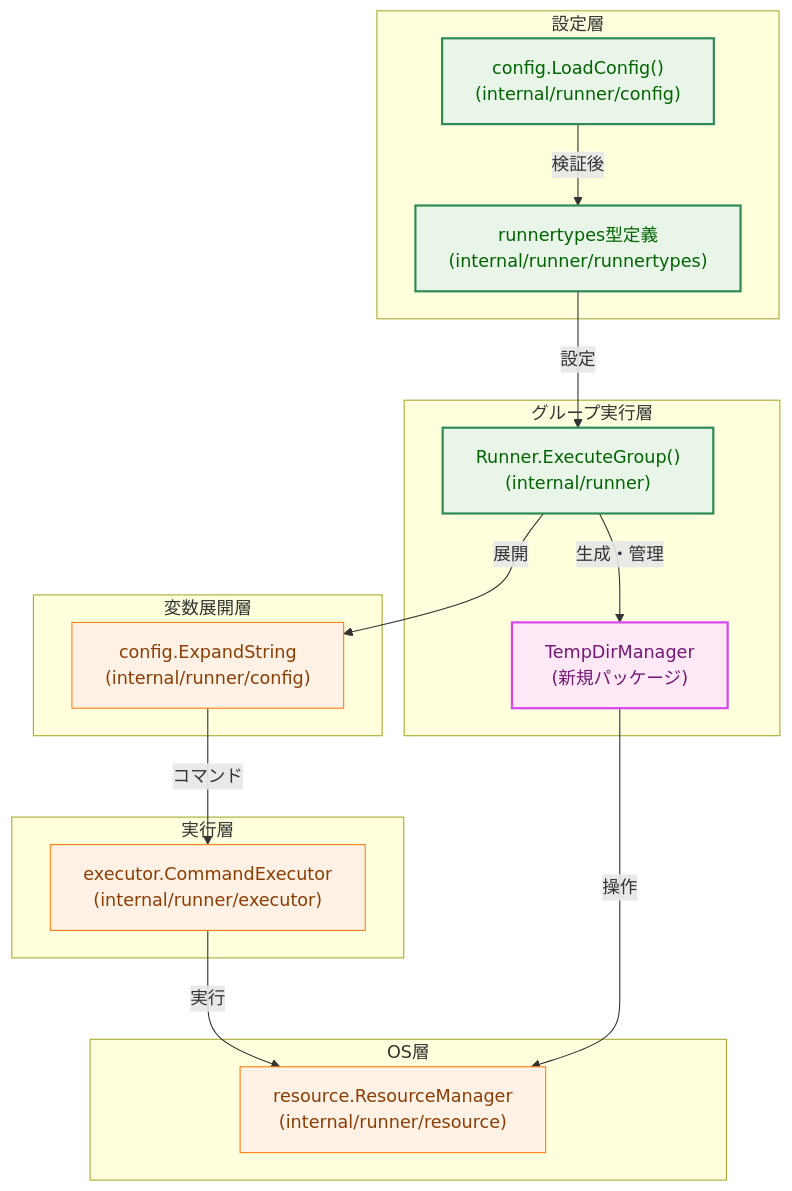
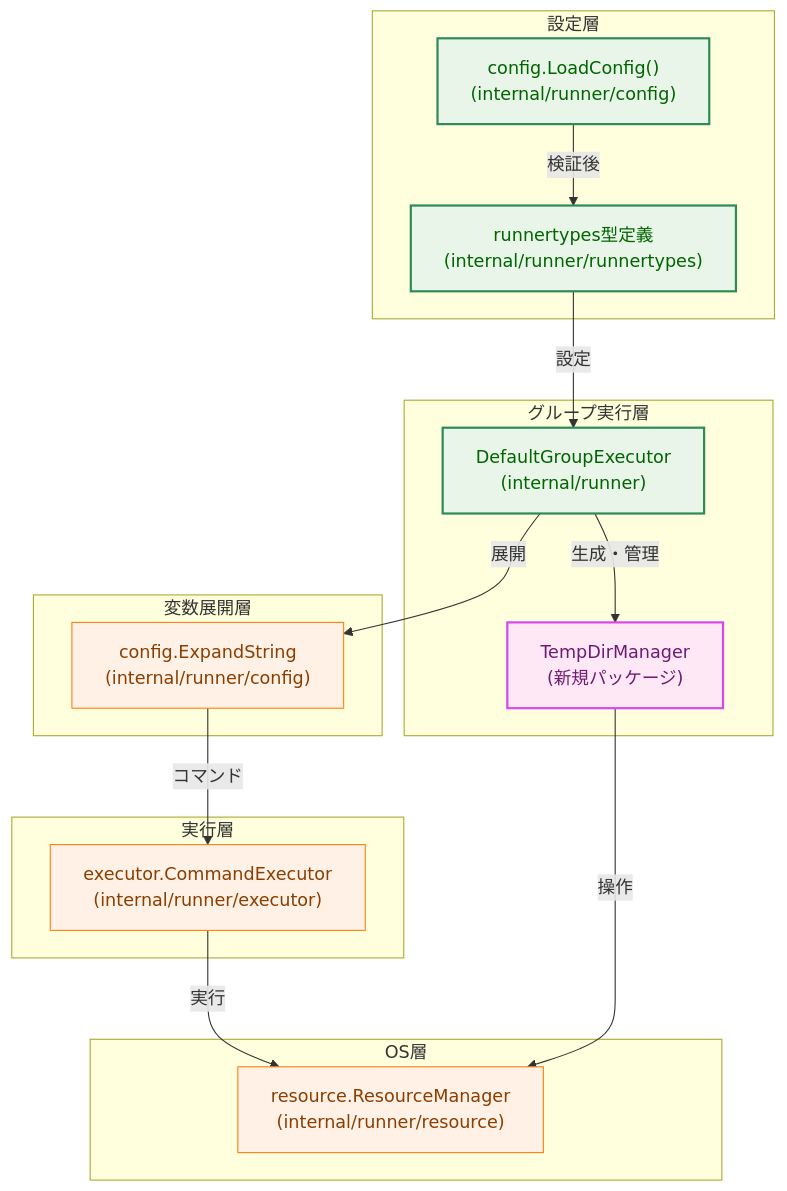
Before and after one commit to isseis/go-safe-cmd-runner: the second of 12 diagrams in docs/tasks/0034_workdir_redesign/02_architecture.md, drawn with Mermaid.

Commit message:
docs(workdir): rename Runner to GroupExecutor in architecture doc
- Replace Runner labels with GroupExecutor in the architecture
  diagram for the workdir redesign task
- Update links and arrows to reference GroupExecutor instead
- Mark TempDirManager as a new package in the diagram
- Keep other node relationships (ConfigExpander, CommandExecutor)
  unchanged

````diff
--- a/docs/tasks/0034_workdir_redesign/02_architecture.md
+++ b/docs/tasks/0034_workdir_redesign/02_architecture.md
@@ -142,45 +142,45 @@
 ```mermaid
 graph TB
     classDef data fill:#e6f7ff,stroke:#1f77b4,stroke-width:1px,color:#0b3d91;
     classDef existing fill:#fff1e6,stroke:#ff7f0e,stroke-width:1px,color:#8a3e00;
     classDef enhanced fill:#e8f5e8,stroke:#2e8b57,stroke-width:2px,color:#006400;
     classDef new fill:#ffe8f5,stroke:#d946ef,stroke-width:2px,color:#701a75;
 
     subgraph ConfigLayer["設定層"]
         ConfigLoader["config.LoadConfig()<br/>(internal/runner/config)"]
         Validation["runnertypes型定義<br/>(internal/runner/runnertypes)"]
     end
 
     subgraph GroupLayer["グループ実行層"]
-        Runner["Runner.ExecuteGroup()<br/>(internal/runner)"]
+        GroupExecutor["DefaultGroupExecutor<br/>(internal/runner)"]
         TempDirManager["TempDirManager<br/>(新規パッケージ)"]
     end
 
     subgraph ExpansionLayer["変数展開層"]
         ConfigExpander["config.ExpandString<br/>(internal/runner/config)"]
     end
 
     subgraph ExecutionLayer["実行層"]
         CommandExecutor["executor.CommandExecutor<br/>(internal/runner/executor)"]
     end
 
     subgraph OSLayer["OS層"]
         ResourceManager["resource.ResourceManager<br/>(internal/runner/resource)"]
     end
 
     ConfigLoader -->|検証後| Validation
-    Validation -->|設定| Runner
-    Runner -->|生成・管理| TempDirManager
-    Runner -->|展開| ConfigExpander
+    Validation -->|設定| GroupExecutor
+    GroupExecutor -->|生成・管理| TempDirManager
+    GroupExecutor -->|展開| ConfigExpander
     ConfigExpander -->|コマンド| CommandExecutor
     CommandExecutor -->|実行| ResourceManager
     TempDirManager -->|操作| ResourceManager
 
     class ConfigLoader enhanced;
     class Validation enhanced;
-    class Runner enhanced;
+    class GroupExecutor enhanced;
     class TempDirManager new;
     class ConfigExpander existing;
     class CommandExecutor existing;
     class ResourceManager existing;
 ```
````
